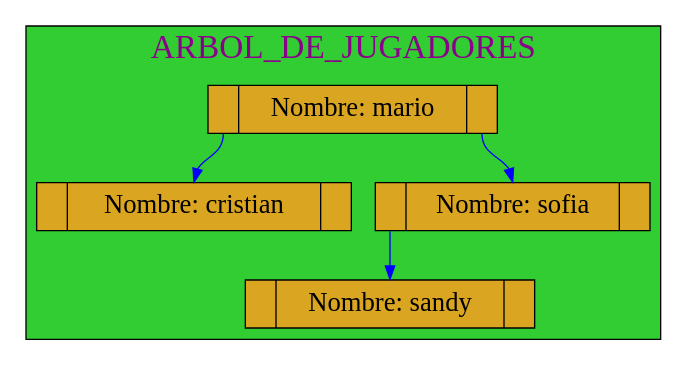
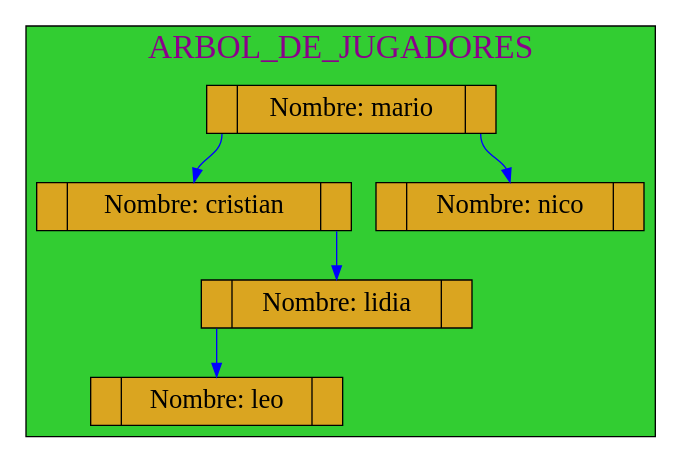
Before and after one commit to mariotun/EDD_1S2020_PY1_201602942: the diagram in Graficas/Arbol_Jugadores.dot, drawn with Graphviz. The commit also changed 19 other files, not shown here.

```diff
--- a/Graficas/Arbol_Jugadores.dot
+++ b/Graficas/Arbol_Jugadores.dot
@@ -1,26 +1,30 @@
 digraph ArbolBB{
 subgraph cluster_1 {
 
 label= "ARBOL_DE_JUGADORES ";
 labelloc=t;
 fontcolor=magenta4;
 fontname=algerian
 fontsize=25;
 style=filled;
 fillcolor=limegreen;
 node[shape=record,height=0.5 style=filled fontcolor=black fillcolor=goldenrod fontsize=20 ];
 
 
-25770475776[label="<f0> |<f1>Nombre: mario |<f2> " ]; 
-25770475984[label="<f0> |<f1>Nombre: cristian |<f2>" ]
-25770476384[label="<f0> |<f1>Nombre: sofia |<f2>" ]
-25770476192[label="<f0> |<f1>Nombre: sandy |<f2>" ]
-25770476192[label="<f0> |<f1>Nombre: sandy |<f2>" ]
+25770483616[label="<f0> |<f1>Nombre: mario |<f2> " ]; 
+25770483472[label="<f0> |<f1>Nombre: cristian |<f2>" ]
+25770484528[label="<f0> |<f1>Nombre: lidia |<f2>" ]
+25770484528[label="<f0> |<f1>Nombre: lidia |<f2>" ]
+25770483872[label="<f0> |<f1>Nombre: leo |<f2>" ]
+25770483872[label="<f0> |<f1>Nombre: leo |<f2>" ]
+25770483872[label="<f0> |<f1>Nombre: leo |<f2>" ]
+25770500480[label="<f0> |<f1>Nombre: nico |<f2>" ]
 
-25770475776:f0->25770475984:f1 [color=blue]
-25770475776:f2->25770476384:f1 [color=blue ]
-25770476384:f0->25770476192:f1 [color=blue]
+25770483616:f0->25770483472:f1 [color=blue]
+25770483472:f2->25770484528:f1 [color=blue ]
+25770484528:f0->25770483872:f1 [color=blue]
+25770483616:f2->25770500480:f1 [color=blue ]
 
  }
 
  }
```
